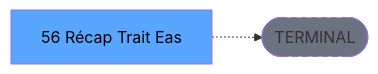
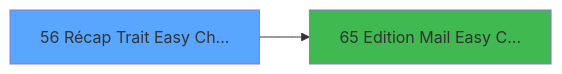
The third of 3 diagrams in .openspec/specs/ADH-IDE-56.md (thonyAGP/magic-migration), drawn with Mermaid before and after one commit. The commit also changed other lines of this file and 493 other files, not shown here.

````diff
--- a/.openspec/specs/ADH-IDE-56.md
+++ b/.openspec/specs/ADH-IDE-56.md
@@ -143,8 +264,8 @@
 ```mermaid
 graph LR
-    T[56 Récap Trait Eas]
-    TERM([TERMINAL])
-    T -.-> TERM
-    style TERM fill:#6b7280,stroke-dasharray: 5 5
-    style T fill:#58a6ff,color:#000
+    T56[56 Récap Trait Easy Ch...]
+    style T56 fill:#58a6ff
+    C65[65 Edition Mail Easy C...]
+    T56 --> C65
+    style C65 fill:#3fb950
 ```
````
